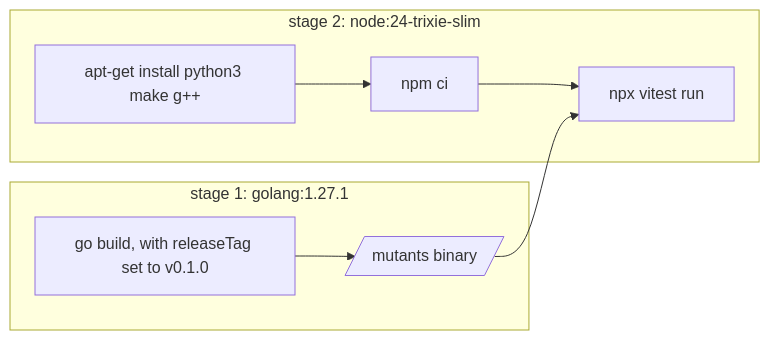
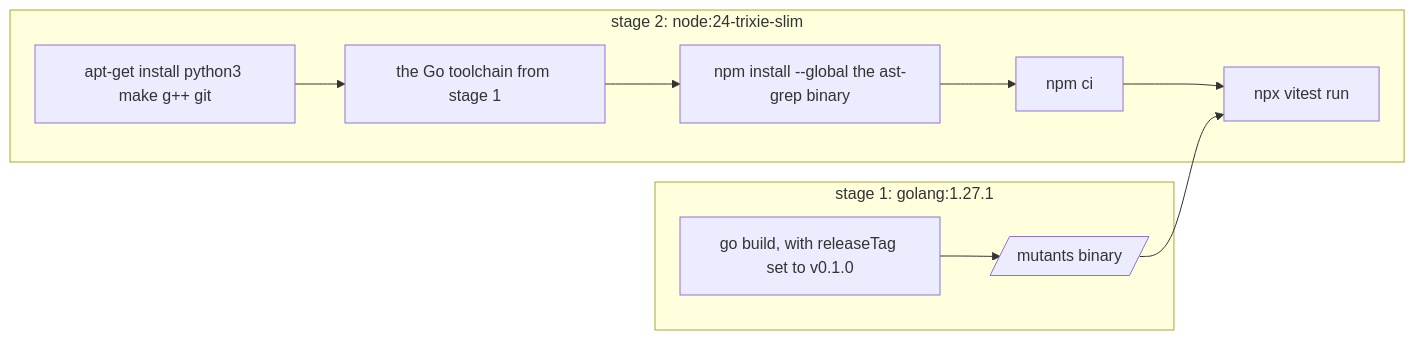
Before and after one commit to hpcsc/mutants: the third of 3 diagrams in docs/e2e-tests.md, drawn with Mermaid. The commit also changed other lines of this file and 5 other files, not shown here.

````diff
--- a/docs/e2e-tests.md
+++ b/docs/e2e-tests.md
@@ -91,11 +114,13 @@
 ```mermaid
 flowchart LR
     subgraph builder["stage 1: golang:1.27.1"]
         G["go build, with releaseTag set to v0.1.0"] --> BIN[/"mutants binary"/]
     end
     subgraph runner["stage 2: node:24-trixie-slim"]
-        APT["apt-get install python3 make g++"] --> NPM["npm ci"]
+        APT["apt-get install python3 make g++ git"] --> GO["the Go toolchain from stage 1"]
+        GO --> SG["npm install --global the ast-grep binary"]
+        SG --> NPM["npm ci"]
         NPM --> RUN["npx vitest run"]
     end
     BIN --> RUN
 ```
````
